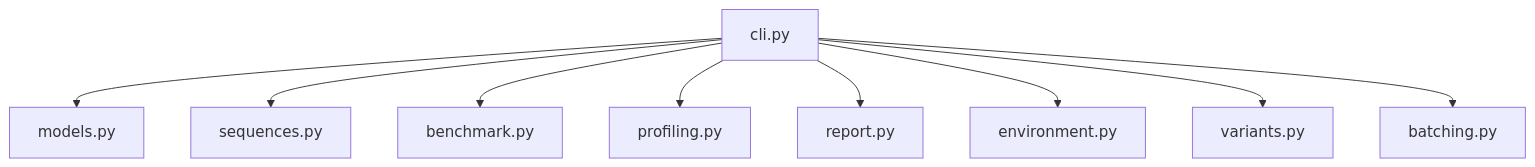
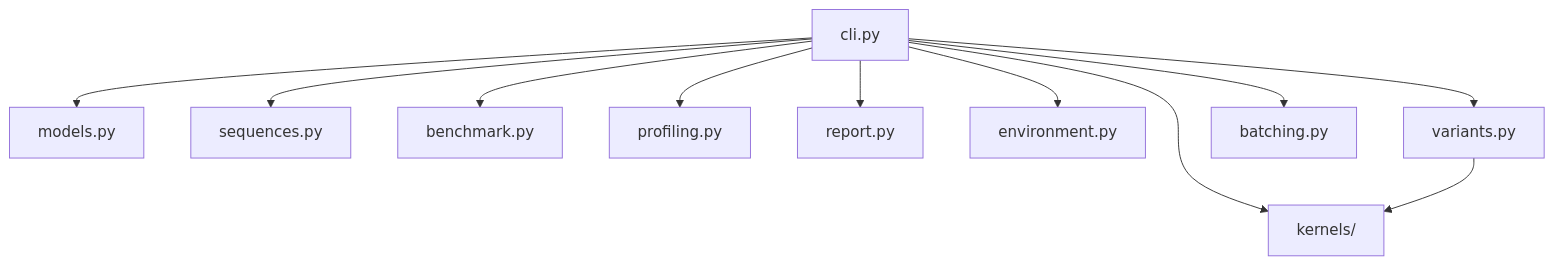
Before and after one commit to salmansystech/ProteinPerf: the second of 7 diagrams in docs/ARCHITECTURE.md, drawn with Mermaid. The commit also changed other lines of this file, not shown here.

Commit message:
Document the Triton kernels

````diff
--- a/docs/ARCHITECTURE.md
+++ b/docs/ARCHITECTURE.md
@@ -86,11 +88,13 @@
 ```mermaid
 flowchart TD
     cli[cli.py] --> models[models.py]
     cli --> sequences[sequences.py]
     cli --> benchmark[benchmark.py]
     cli --> profiling[profiling.py]
     cli --> report[report.py]
     cli --> environment[environment.py]
     cli --> variants[variants.py]
     cli --> batching[batching.py]
+    cli --> kernels[kernels/]
+    variants --> kernels
 ```
````
